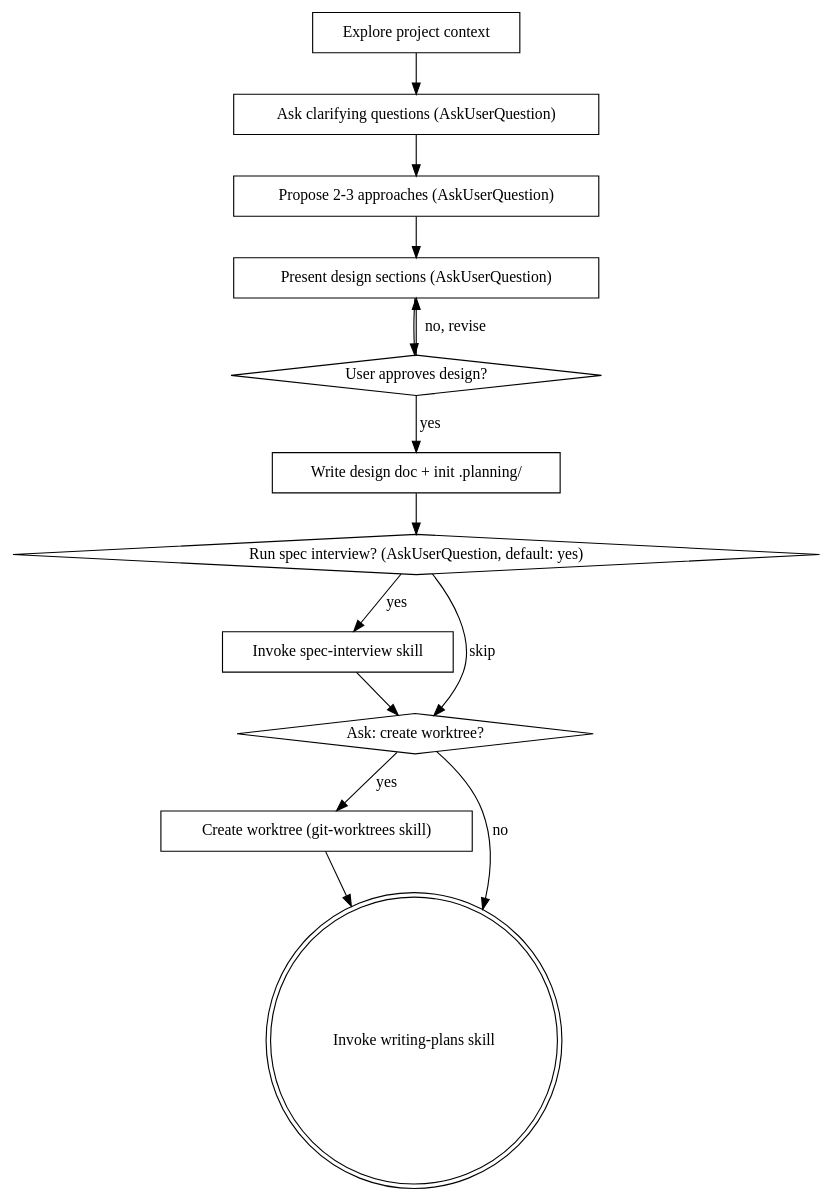
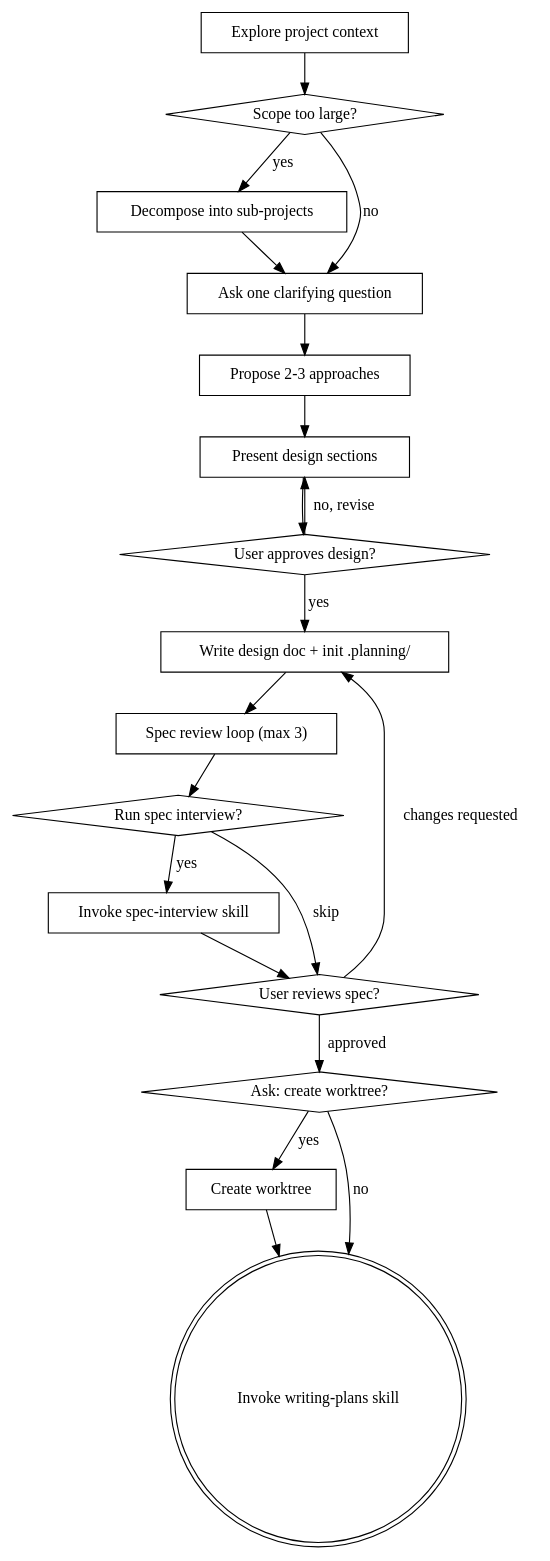
The diagram in skills/brainstorming/SKILL.md (SipengXie2024/superpower-planning), drawn with Graphviz before and after one commit. The commit also changed other lines of this file and 10 other files, not shown here.

Commit message:
feat: add review-gated planning loops and strengthen review workflow

````diff
--- a/skills/brainstorming/SKILL.md
+++ b/skills/brainstorming/SKILL.md
@@ -37,29 +38,39 @@
 ```dot
 digraph brainstorming {
     "Explore project context" [shape=box];
-    "Ask clarifying questions (AskUserQuestion)" [shape=box];
-    "Propose 2-3 approaches (AskUserQuestion)" [shape=box];
-    "Present design sections (AskUserQuestion)" [shape=box];
+    "Scope too large?" [shape=diamond];
+    "Decompose into sub-projects" [shape=box];
+    "Ask one clarifying question" [shape=box];
+    "Propose 2-3 approaches" [shape=box];
+    "Present design sections" [shape=box];
     "User approves design?" [shape=diamond];
     "Write design doc + init .planning/" [shape=box];
-    "Run spec interview? (AskUserQuestion, default: yes)" [shape=diamond];
+    "Spec review loop (max 3)" [shape=box];
+    "Run spec interview?" [shape=diamond];
     "Invoke spec-interview skill" [shape=box];
+    "User reviews spec?" [shape=diamond];
     "Ask: create worktree?" [shape=diamond];
-    "Create worktree (git-worktrees skill)" [shape=box];
+    "Create worktree" [shape=box];
     "Invoke writing-plans skill" [shape=doublecircle];
 
-    "Explore project context" -> "Ask clarifying questions (AskUserQuestion)";
-    "Ask clarifying questions (AskUserQuestion)" -> "Propose 2-3 approaches (AskUserQuestion)";
-    "Propose 2-3 approaches (AskUserQuestion)" -> "Present design sections (AskUserQuestion)";
-    "Present design sections (AskUserQuestion)" -> "User approves design?";
-    "User approves design?" -> "Present design sections (AskUserQuestion)" [label="no, revise"];
+    "Explore project context" -> "Scope too large?";
+    "Scope too large?" -> "Decompose into sub-projects" [label="yes"];
+    "Scope too large?" -> "Ask one clarifying question" [label="no"];
+    "Decompose into sub-projects" -> "Ask one clarifying question";
+    "Ask one clarifying question" -> "Propose 2-3 approaches";
+    "Propose 2-3 approaches" -> "Present design sections";
+    "Present design sections" -> "User approves design?";
+    "User approves design?" -> "Present design sections" [label="no, revise"];
     "User approves design?" -> "Write design doc + init .planning/" [label="yes"];
-    "Write design doc + init .planning/" -> "Run spec interview? (AskUserQuestion, default: yes)";
-    "Run spec interview? (AskUserQuestion, default: yes)" -> "Invoke spec-interview skill" [label="yes"];
-    "Run spec interview? (AskUserQuestion, default: yes)" -> "Ask: create worktree?" [label="skip"];
-    "Invoke spec-interview skill" -> "Ask: create worktree?";
-    "Ask: create worktree?" -> "Create worktree (git-worktrees skill)" [label="yes"];
+    "Write design doc + init .planning/" -> "Spec review loop (max 3)";
+    "Spec review loop (max 3)" -> "Run spec interview?";
+    "Run spec interview?" -> "Invoke spec-interview skill" [label="yes"];
+    "Run spec interview?" -> "User reviews spec?" [label="skip"];
+    "Invoke spec-interview skill" -> "User reviews spec?";
+    "User reviews spec?" -> "Write design doc + init .planning/" [label="changes requested"];
+    "User reviews spec?" -> "Ask: create worktree?" [label="approved"];
+    "Ask: create worktree?" -> "Create worktree" [label="yes"];
     "Ask: create worktree?" -> "Invoke writing-plans skill" [label="no"];
-    "Create worktree (git-worktrees skill)" -> "Invoke writing-plans skill";
+    "Create worktree" -> "Invoke writing-plans skill";
 }
 ```
````
